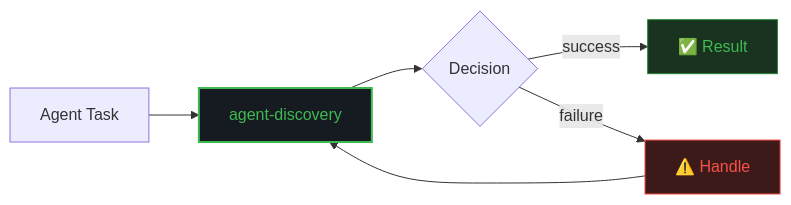
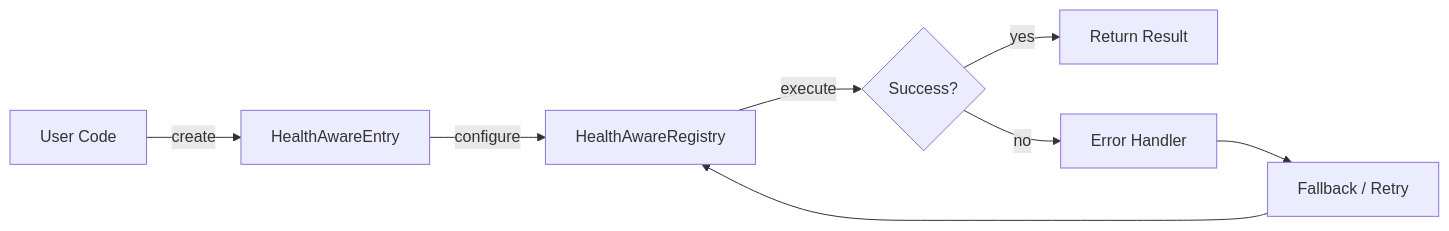
One commit to darshjme/anveshana changed the first of 2 diagrams in README.md. Above: the diagram before and after it, drawn with Mermaid. The commit also changed other lines of this file and 1 other file, not shown here.

````diff
--- a/README.md
+++ b/README.md
@@ -59,12 +85,10 @@
 ```mermaid
 flowchart LR
-    A[Agent Task] --> B[agent-discovery]
-    B --> C{Decision}
-    C -->|success| D[✅ Result]
-    C -->|failure| E[⚠️ Handle]
-    E --> B
-
-    style B fill:#161b22,stroke:#3fb950,stroke-width:2,color:#3fb950
-    style D fill:#1a3320,stroke:#238636,color:#3fb950
-    style E fill:#3d1a1a,stroke:#f85149,color:#f85149
+    A[User Code] -->|create| B[HealthAwareEntry]
+    B -->|configure| C[HealthAwareRegistry]
+    C -->|execute| D{Success?}
+    D -->|yes| E[Return Result]
+    D -->|no| F[Error Handler]
+    F --> G[Fallback / Retry]
+    G --> C
 ```
````
